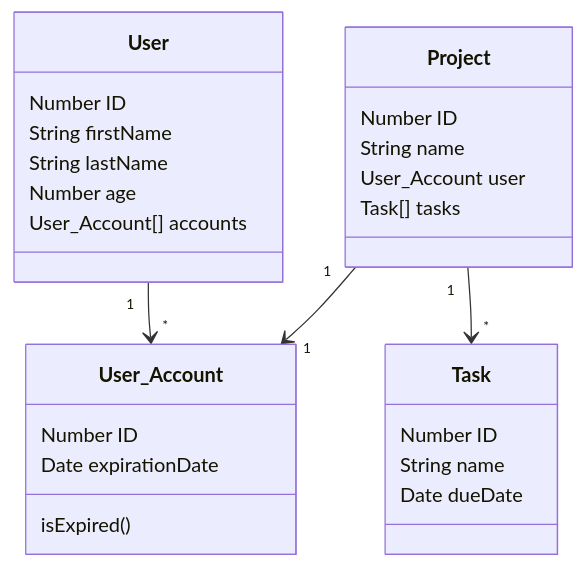
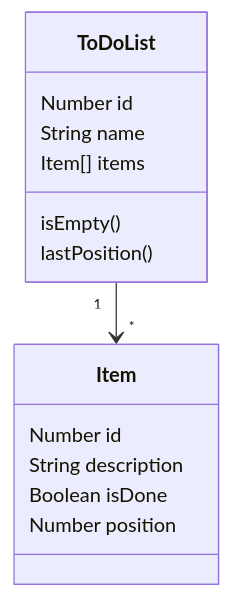
The diagram in README.md (herbsjs/todolist-on-herbs), drawn with Mermaid before and after one commit. The commit also changed other lines of this file and 1 other file, not shown here.

Commit message:
docs: ✏️ update diagram

````diff
--- a/README.md
+++ b/README.md
@@ -116,29 +96,18 @@
 ```mermaid
 classDiagram
-    class User {
-        Number ID
-        String firstName
-        String lastName
-        Number age
-        User_Account[] accounts
+    class Item {
+        Number id
+        String description
+        Boolean isDone
+        Number position
     }
-    class User_Account{
-        Number ID
-        Date expirationDate
-        isExpired()
+    class ToDoList{
+        Number id
+        String name
+        Item[] items
+        isEmpty()
+        lastPosition()
     }
-    class Project{
-        Number ID
-        String name
-        User_Account user
-        Task[] tasks
-    }
-    class Task{
-        Number ID
-        String name
-        Date dueDate
-    }
-    User "1" --> "*" User_Account
-    Project "1" --> "1" User_Account
-    Project "1" --> "*" Task
+
+    ToDoList "1" --> "*" Item
 ```
````
